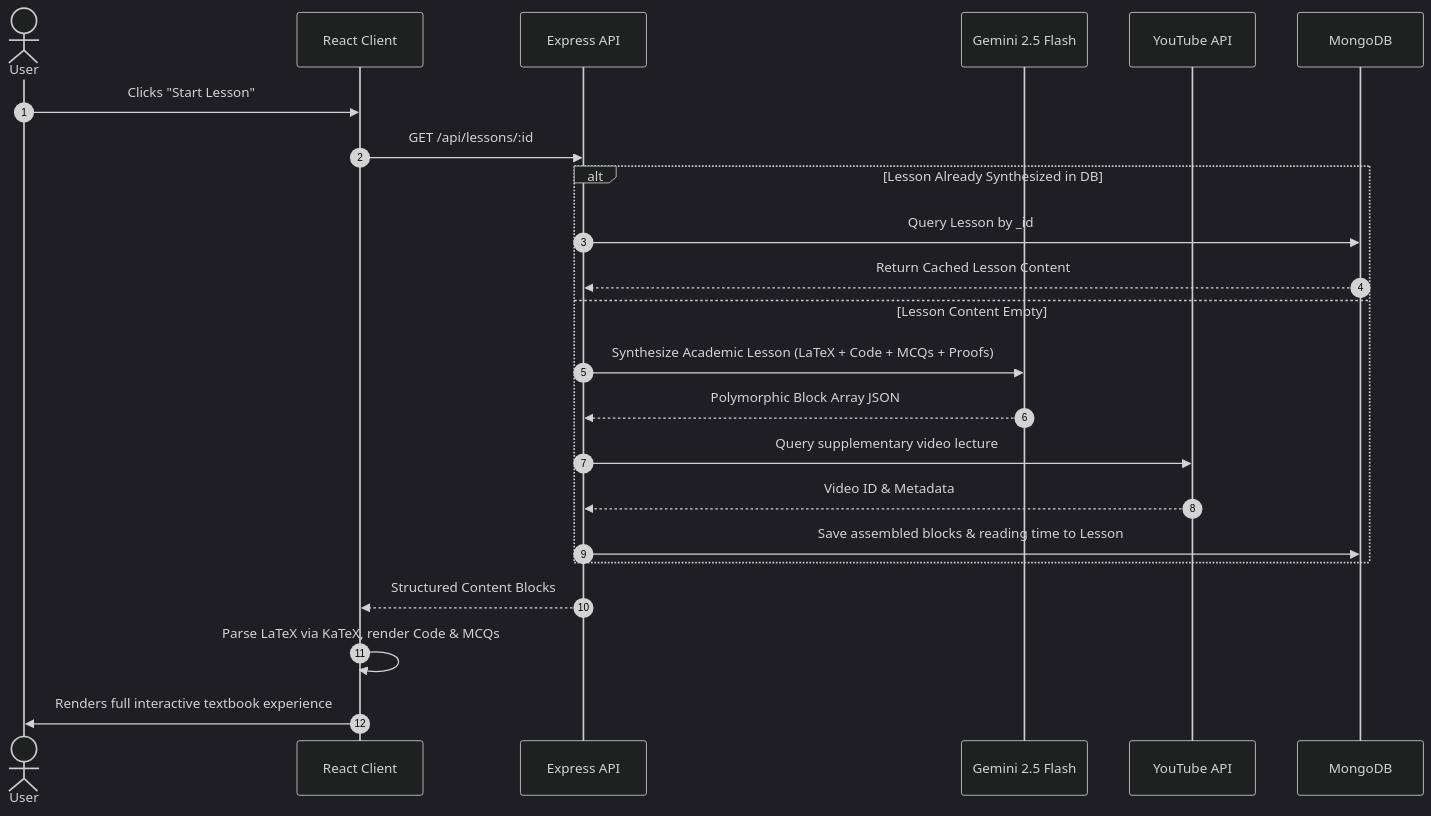
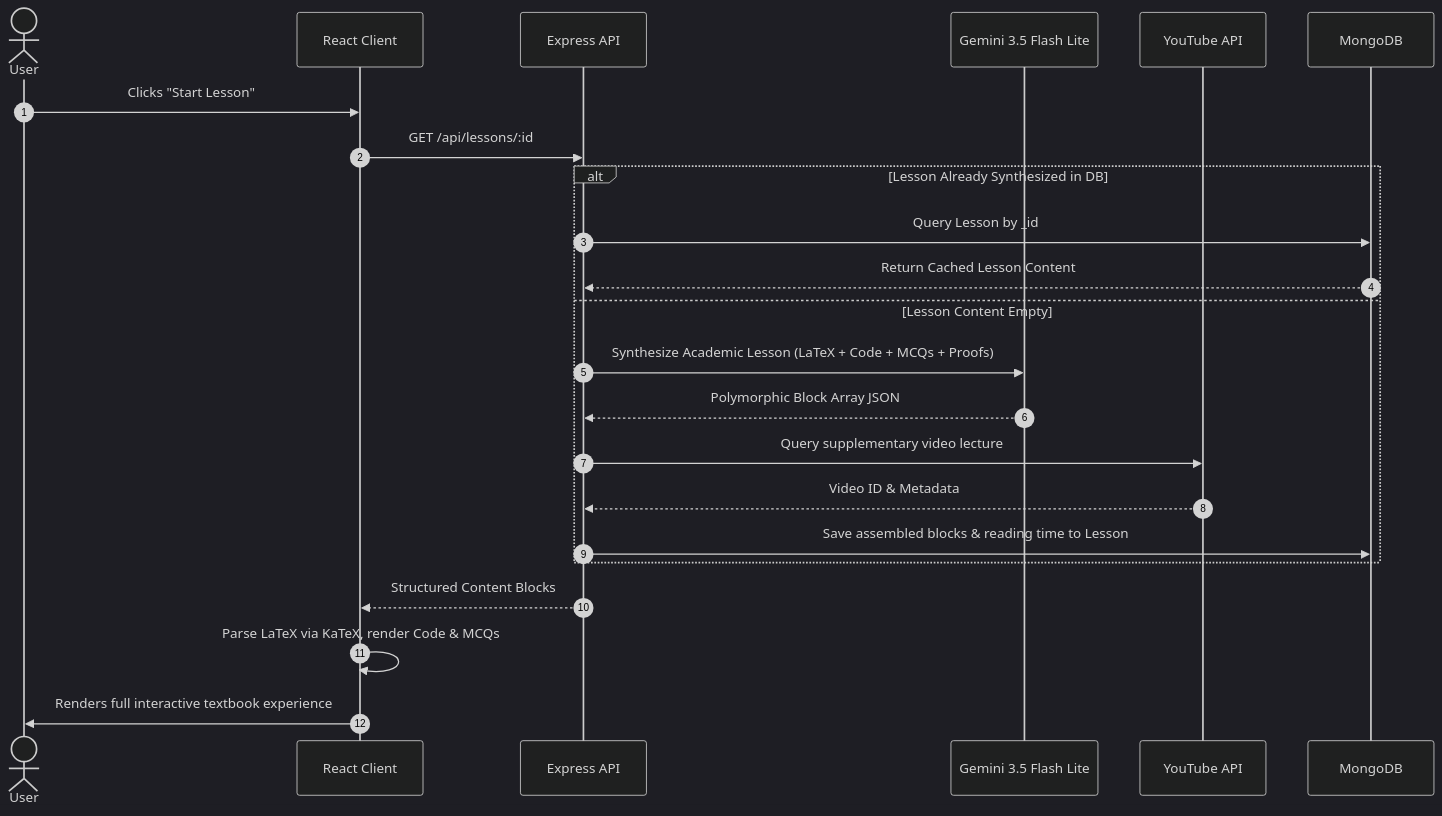
Before and after one commit to someshsinha/Socratic-AI: the third of 5 diagrams in docs/ARCHITECTURE.md, drawn with Mermaid. The commit also changed other lines of this file and 2 other files, not shown here.

````diff
--- a/docs/ARCHITECTURE.md
+++ b/docs/ARCHITECTURE.md
@@ -91,27 +91,27 @@
 ```mermaid
 %%{init: {'theme': 'dark'}}%%
 sequenceDiagram
     autonumber
     actor User
     participant Client as React Client
     participant API as Express API
-    participant AI as Gemini 2.5 Flash
+    participant AI as Gemini 3.5 Flash Lite
     participant YouTube as YouTube API
     participant DB as MongoDB
 
     User->>Client: Clicks "Start Lesson"
     Client->>API: GET /api/lessons/:id
     alt Lesson Already Synthesized in DB
         API->>DB: Query Lesson by _id
         DB-->>API: Return Cached Lesson Content
     else Lesson Content Empty
         API->>AI: Synthesize Academic Lesson (LaTeX + Code + MCQs + Proofs)
         AI-->>API: Polymorphic Block Array JSON
         API->>YouTube: Query supplementary video lecture
         YouTube-->>API: Video ID & Metadata
         API->>DB: Save assembled blocks & reading time to Lesson
     end
     API-->>Client: Structured Content Blocks
     Client->>Client: Parse LaTeX via KaTeX, render Code & MCQs
     Client->>User: Renders full interactive textbook experience
 ```
````
